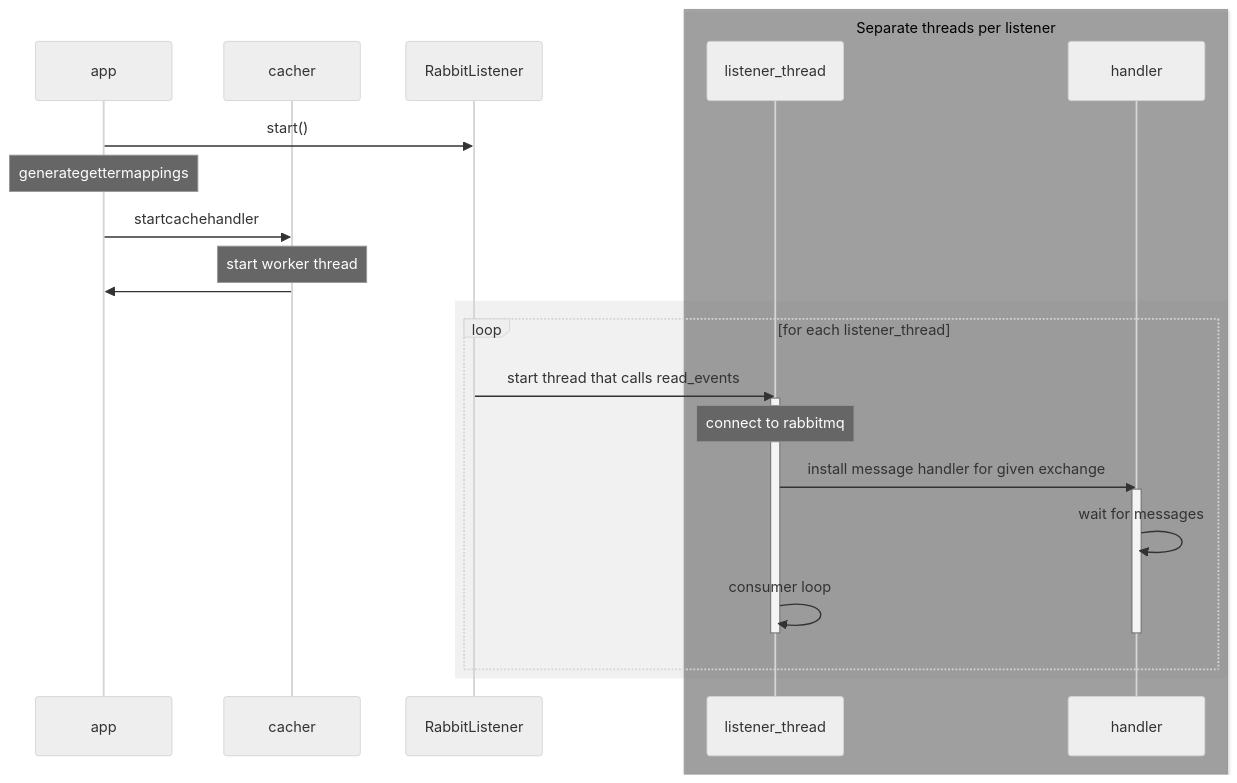
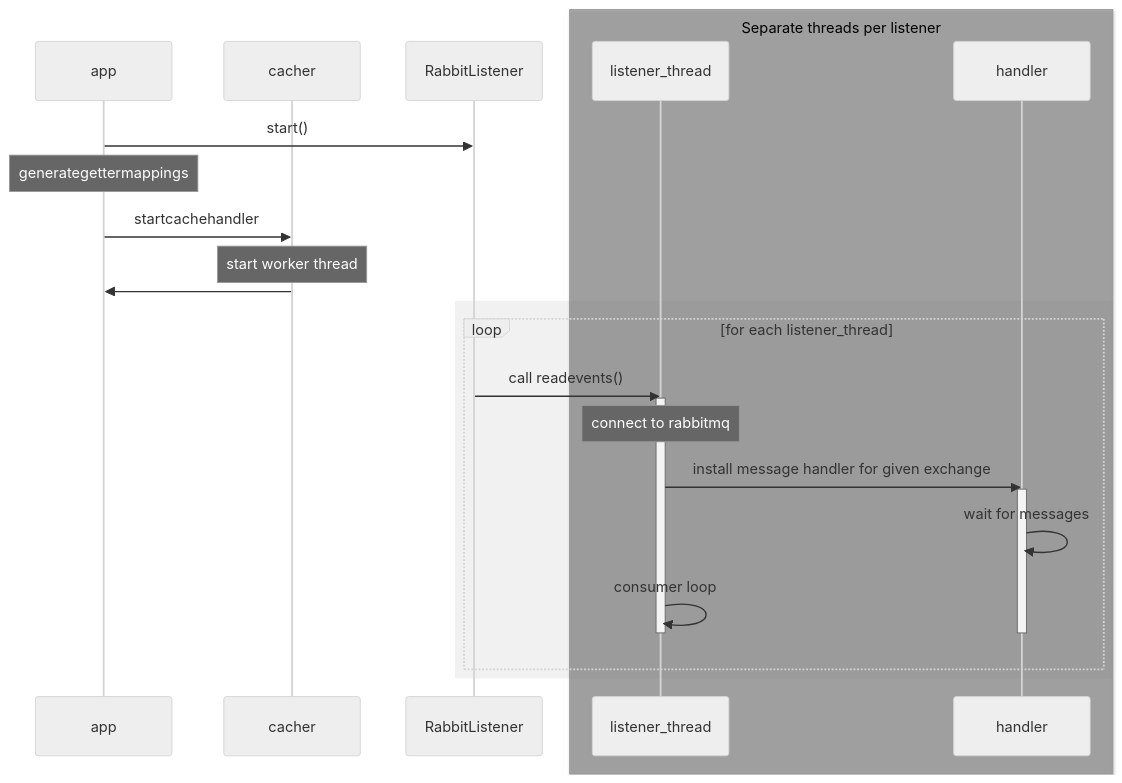
The first of 2 diagrams in README.md (mmaschenk/homeapi), drawn with Mermaid (neutral theme) before and after one commit. The commit also changed 1 other file, not shown here.

Commit message:
Use config files from environment

````diff
--- a/README.md
+++ b/README.md
@@ -3,44 +3,44 @@
 ```mermaid
 sequenceDiagram
     participant app
     participant cacher
     participant RabbitListener
     participant listener_thread
     box rgba(100, 100, 100, 0.5) Separate threads per listener
 
         participant listener_thread
         participant handler
     end
 
     
         
     app ->> RabbitListener: start()
 
     note over app: generategettermappings
 
     app ->> cacher: startcachehandler
 
     note over cacher: start worker thread
 
     cacher ->> app: 
 
     rect rgba(120, 120, 120, 0.1)
         loop for each listener_thread
-            RabbitListener ->> listener_thread: start thread that calls read_events
+            RabbitListener ->> listener_thread: call readevents()
             activate listener_thread
             note over listener_thread: connect to rabbitmq
 
             listener_thread ->> handler: install message handler for given exchange
 
             activate handler
 
             handler ->> handler: wait for messages
             listener_thread ->> listener_thread: consumer loop
 
             deactivate handler
             deactivate listener_thread
         end
     end
 
     
 ```
````
